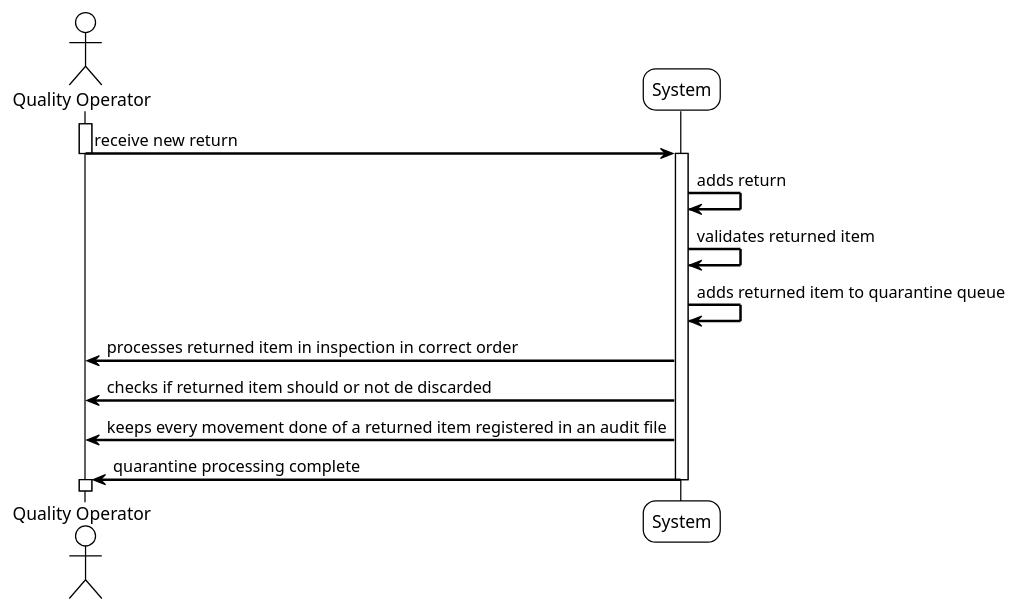
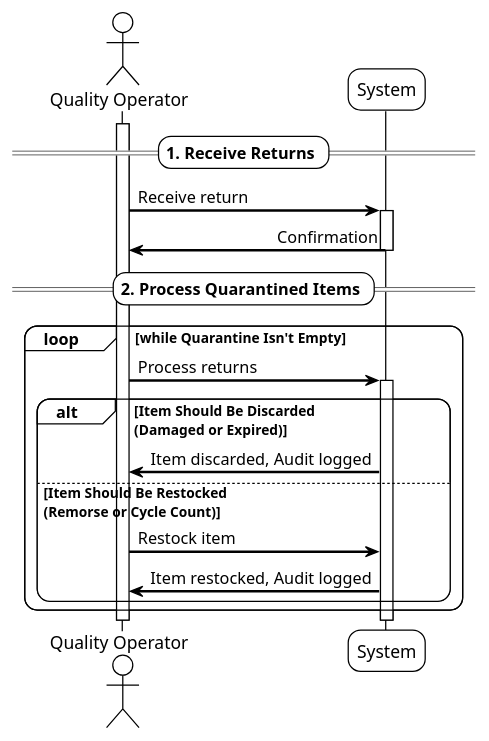
The diagram in doc/sprint-1/usei05/01. requirements-engineering/puml/USEI05-SSD.puml (ivasduarte/logistics-on-rails), drawn with PlantUML before and after one commit. The commit also changed 12 other files, not shown here.

```diff
--- a/doc/sprint-1/usei05/01. requirements-engineering/puml/USEI05-SSD.puml
+++ b/doc/sprint-1/usei05/01. requirements-engineering/puml/USEI05-SSD.puml
@@ -1,26 +1,36 @@
 @startuml
 !theme plain
 skinparam sequenceArrowThickness 2
 skinparam roundcorner 20
+skinparam sequenceMessageAlign direction
 
-actor "Quality Operator" as QO
-participant "System" as SYS
+actor "Quality Operator"
+participant "System"
 
-activate QO
-QO -> SYS : receive new return
-deactivate QO
-activate SYS
+activate "Quality Operator"
 
-SYS -> SYS: adds return
-SYS -> SYS: validates returned item
-SYS -> SYS: adds returned item to quarantine queue
+== 1. Receive Returns ==
 
-SYS -> QO: processes returned item in inspection in correct order
-SYS -> QO: checks if returned item should or not de discarded
-SYS -> QO: keeps every movement done of a returned item registered in an audit file
-SYS -> QO: quarantine processing complete
-deactivate SYS
-activate QO
+"Quality Operator" -> "System" : Receive return
+activate "System"
+
+"System" -> "Quality Operator" : Confirmation
+deactivate "System"
+
+==  2. Process Quarantined Items ==
+
+loop while Quarantine Isn't Empty
+    "Quality Operator" -> "System" : Process returns
+    activate "System"
+
+    alt Item Should Be Discarded \n(Damaged or Expired)
+        "System" -> "Quality Operator" : Item discarded, Audit logged
+    else Item Should Be Restocked \n(Remorse or Cycle Count)
+        "Quality Operator" -> "System" : Restock item
+        "System" -> "Quality Operator" : Item restocked, Audit logged
+    end
+end
+
 
 
 @enduml
```
